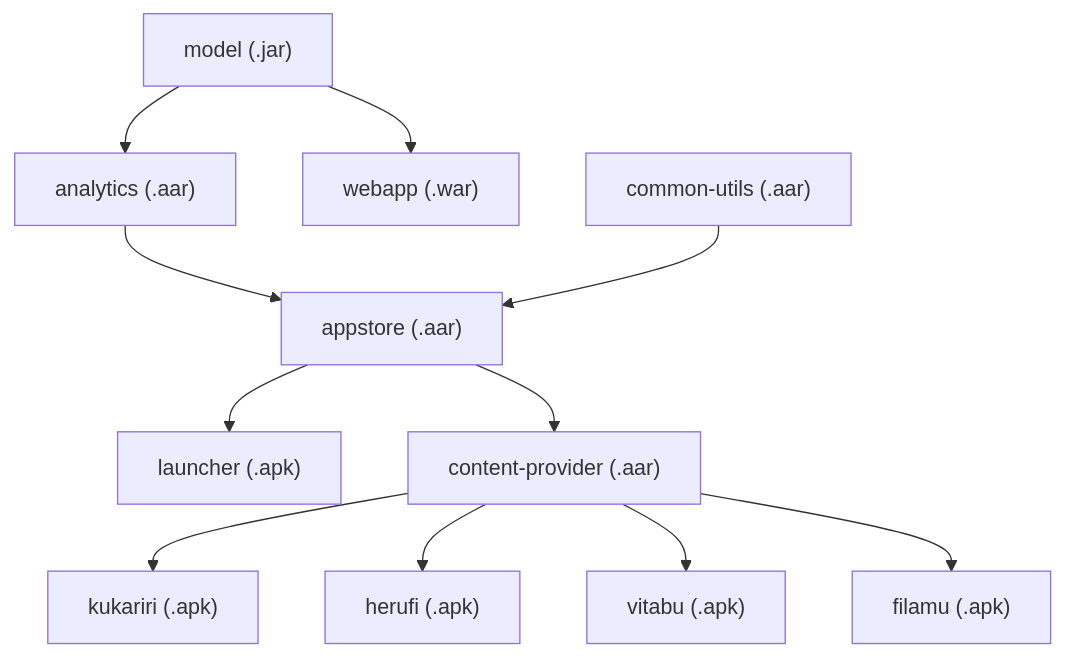
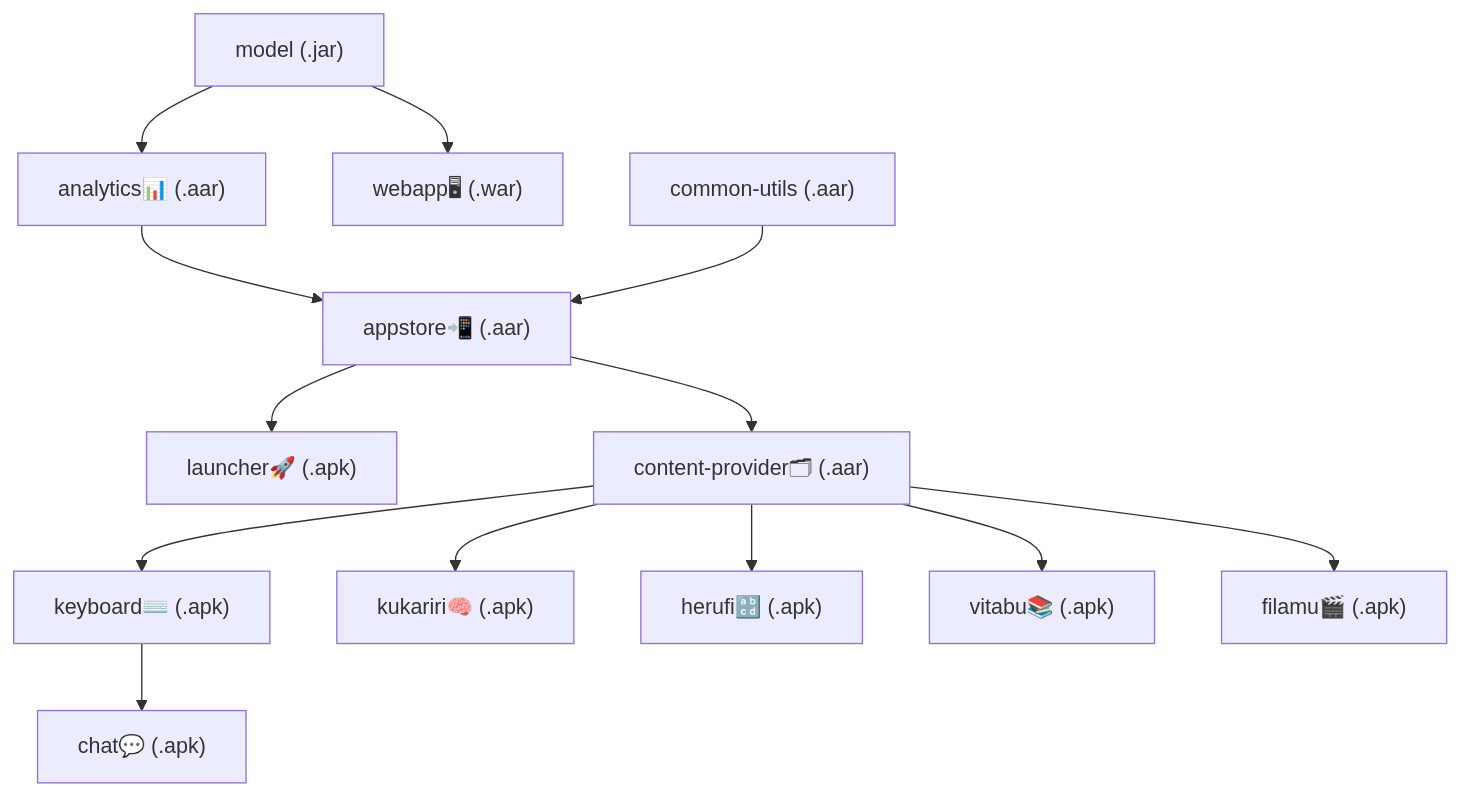
Before and after one commit to elimu-ai/wiki: the diagram in SOFTWARE_ARCHITECTURE.md, drawn with Mermaid.

Commit message:
docs: add keyboard apk to flowchart

````diff
--- a/SOFTWARE_ARCHITECTURE.md
+++ b/SOFTWARE_ARCHITECTURE.md
@@ -39,13 +39,15 @@
 ```mermaid
 flowchart TD
     model["model (.jar)"] --> analytics
-    model --> webapp["webapp (.war)"]
-    analytics["analytics (.aar)"] --> appstore
+    model --> webapp["webapp🖥 (.war)"]
+    analytics["analytics📊 (.aar)"] --> appstore
     common-utils["common-utils (.aar)"] --> appstore
-    appstore["appstore (.aar)"] --> launcher["launcher (.apk)"]
+    appstore["appstore📲 (.aar)"] --> launcher["launcher🚀 (.apk)"]
     appstore --> content-provider
-    content-provider["content-provider (.aar)"] --> kukariri["kukariri (.apk)"]
-    content-provider --> herufi["herufi (.apk)"]
-    content-provider --> vitabu["vitabu (.apk)"]
-    content-provider --> filamu["filamu (.apk)"]
+    content-provider --> keyboard["keyboard⌨️ (.apk)"]
+    keyboard --> chat["chat💬 (.apk)"]
+    content-provider["content-provider🗂 (.aar)"] --> kukariri["kukariri🧠 (.apk)"]
+    content-provider --> herufi["herufi🔡 (.apk)"]
+    content-provider --> vitabu["vitabu📚 (.apk)"]
+    content-provider --> filamu["filamu🎬 (.apk)"]
 ```
````
